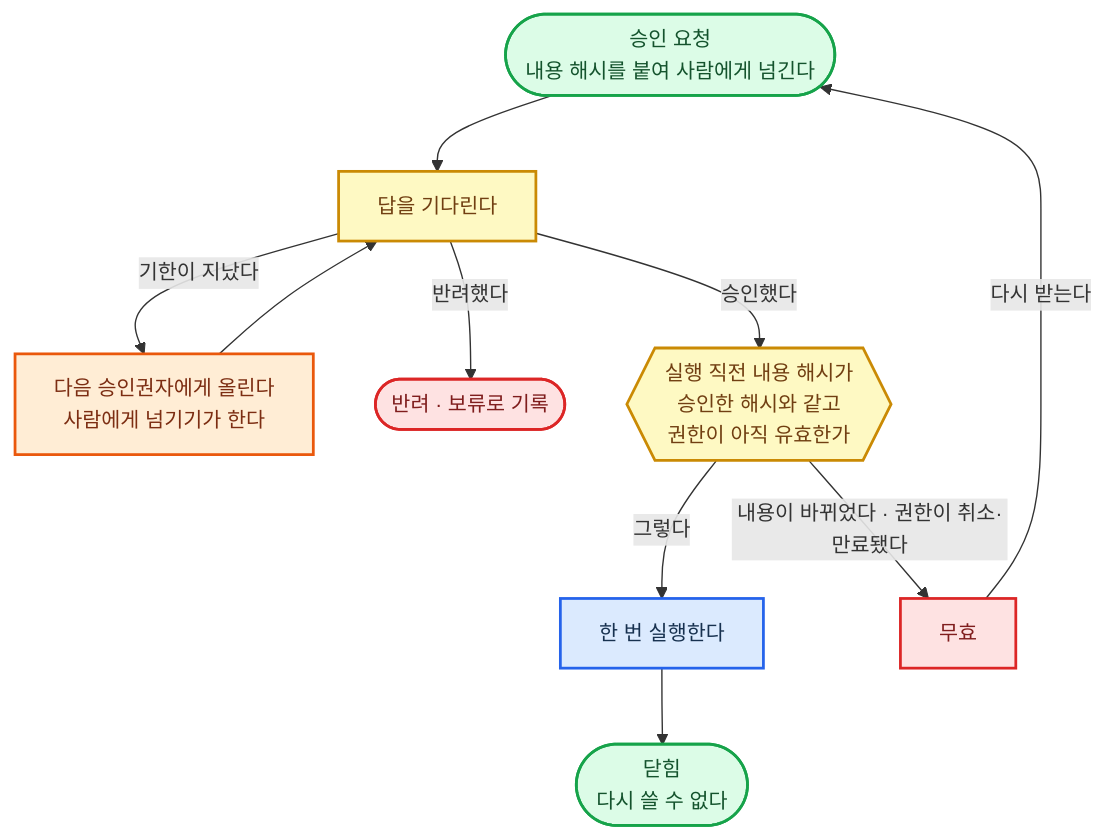
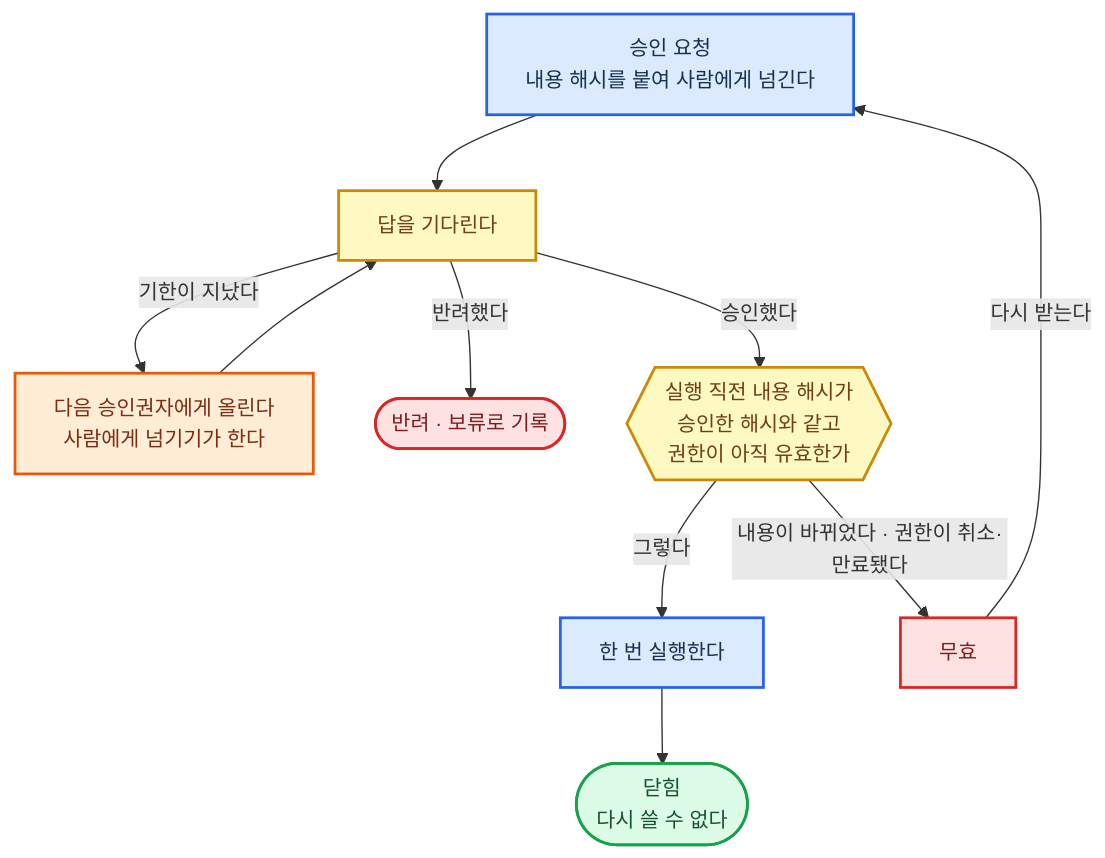
Diagram 11 of 26 in 전문가 에이전트 정의 2.md (harisbaguette/expert), drawn with Mermaid before and after one commit. The commit also changed other lines of this file and 7 other files, not shown here.

````diff
--- a/전문가 에이전트 정의 2.md
+++ b/전문가 에이전트 정의 2.md
@@ -1186,16 +1323,16 @@
 ```mermaid
 %%{init: {"flowchart": {"wrappingWidth": 640, "curve": "basis", "nodeSpacing": 45, "rankSpacing": 55, "padding": 14, "useMaxWidth": true}, "themeVariables": {"fontSize": "15px"}} }%%
 flowchart TB
-    REQ(["승인 요청<br/>내용 해시를 붙여 사람에게 넘긴다"]):::good --> WAIT["답을 기다린다"]:::note
+    REQ["승인 요청<br/>내용 해시를 붙여 사람에게 넘긴다"]:::main --> WAIT["답을 기다린다"]:::note
     WAIT -- "기한이 지났다" --> UP["다음 승인권자에게 올린다<br/>사람에게 넘기기가 한다"]:::back --> WAIT
     WAIT -- "반려했다" --> NO(["반려 · 보류로 기록"]):::stop
     WAIT -- "승인했다" --> CHK{{"실행 직전 내용 해시가<br/>승인한 해시와 같고<br/>권한이 아직 유효한가"}}:::note
     CHK -- "그렇다" --> RUN["한 번 실행한다"]:::main --> CLOSE(["닫힘<br/>다시 쓸 수 없다"]):::good
     CHK -- "내용이 바뀌었다 · 권한이 취소·만료됐다" --> VOID["무효"]:::stop
     VOID -- "다시 받는다" --> REQ
     classDef main fill:#dbeafe,stroke:#2563eb,stroke-width:2px,color:#17314f
     classDef stop fill:#fee2e2,stroke:#dc2626,stroke-width:2px,color:#7f1d1d
     classDef back fill:#ffedd5,stroke:#ea580c,stroke-width:2px,color:#7c2d12
     classDef good fill:#dcfce7,stroke:#16a34a,stroke-width:2px,color:#14532d
     classDef note fill:#fef9c3,stroke:#ca8a04,stroke-width:2px,color:#713f12
 ```
````
